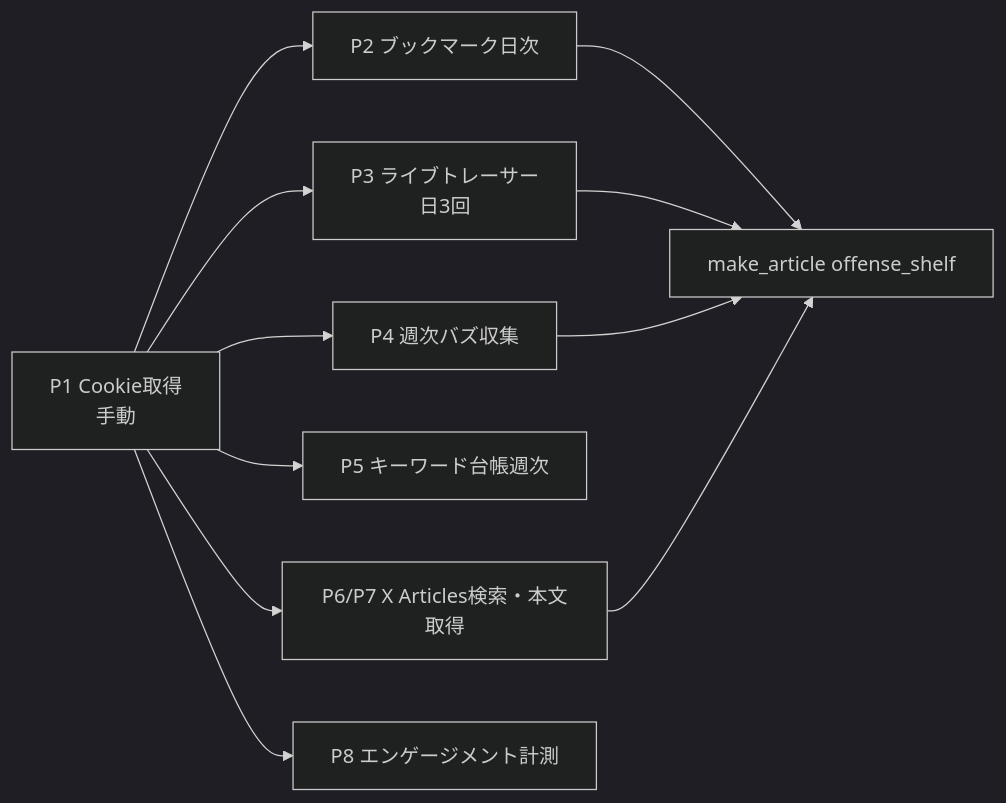
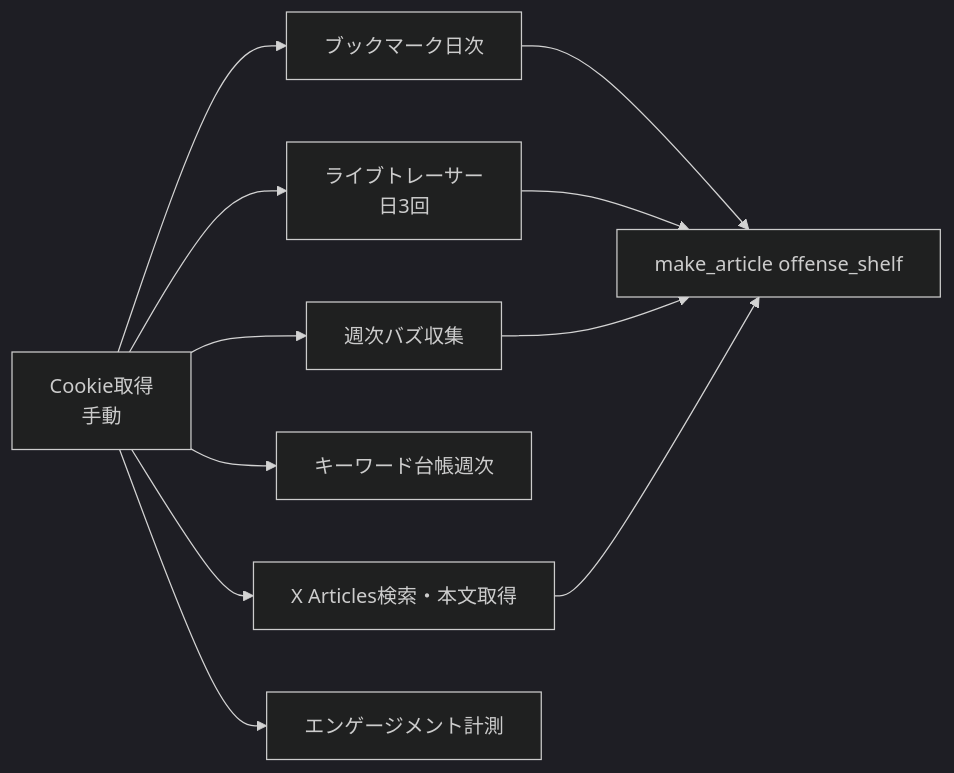
Before and after one commit to 666666ma999999/influx: the diagram in influx-architecture.md, drawn with Mermaid (dark theme). The commit also changed other lines of this file and 1 other file, not shown here.

First line of the commit message:
docs(architecture): 工程番号 P1〜P15 を廃止して名前で呼ぶ（監査 I-31・オーナー裁定「番号をやめて名前へ」）

````diff
--- a/influx-architecture.md
+++ b/influx-architecture.md
@@ -41,13 +41,13 @@
 ```mermaid
 flowchart LR
-    Cookie[P1 Cookie取得<br/>手動] --> BM[P2 ブックマーク日次]
-    Cookie --> TR[P3 ライブトレーサー<br/>日3回]
-    Cookie --> WK[P4 週次バズ収集]
-    Cookie --> KW[P5 キーワード台帳週次]
-    Cookie --> ART[P6/P7 X Articles検索・本文取得]
-    Cookie --> ENG[P8 エンゲージメント計測]
+    Cookie[Cookie取得<br/>手動] --> BM[ブックマーク日次]
+    Cookie --> TR[ライブトレーサー<br/>日3回]
+    Cookie --> WK[週次バズ収集]
+    Cookie --> KW[キーワード台帳週次]
+    Cookie --> ART[X Articles検索・本文取得]
+    Cookie --> ENG[エンゲージメント計測]
     BM --> OFF[make_article offense_shelf]
     TR --> OFF
     WK --> OFF
     ART --> OFF
 ```
````
